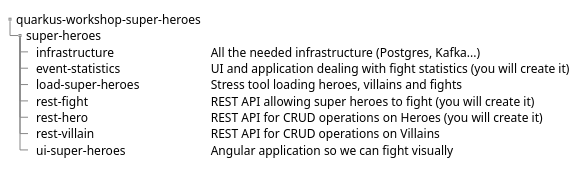
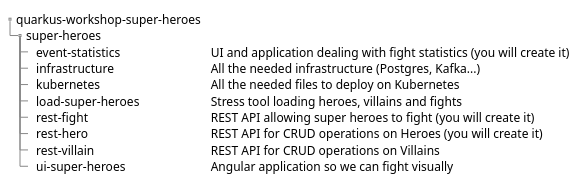
One commit to quarkusio/quarkus-workshops changed the second of 4 diagrams in quarkus-workshop-super-heroes/docs/src/main/asciidoc/introduction-preparing.adoc. Above: the diagram before and after it, drawn with PlantUML. The commit also changed other lines of this file and 29 other files, not shown here.

```diff
--- a/quarkus-workshop-super-heroes/docs/src/main/asciidoc/introduction-preparing.adoc
+++ b/quarkus-workshop-super-heroes/docs/src/main/asciidoc/introduction-preparing.adoc
@@ -38,19 +36,20 @@
 [plantuml]
 ----
 @startsalt
 {
 {
 T
 quarkus-workshop-super-heroes
 + super-heroes
+++ event-statistics        | UI and application dealing with fight statistics (you will create it)
 ++ infrastructure          | All the needed infrastructure (Postgres, Kafka...)
-++ event-statistics        | UI and application dealing with fight statistics (you will create it)
+++ kubernetes              | All the needed files to deploy on Kubernetes
 ++ load-super-heroes       | Stress tool loading heroes, villains and fights
 ++ rest-fight              | REST API allowing super heroes to fight (you will create it)
 ++ rest-hero               | REST API for CRUD operations on Heroes (you will create it)
 ++ rest-villain            | REST API for CRUD operations on Villains
 ++ ui-super-heroes         | Angular application so we can fight visually
 }
 }
 @endsalt
 ----
```
